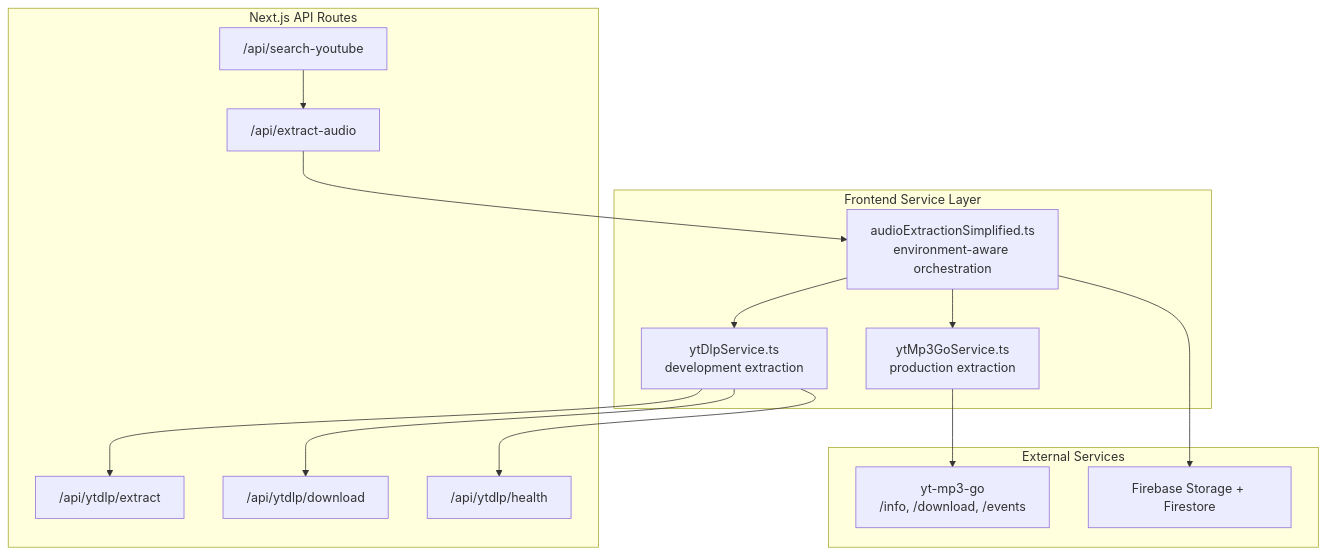
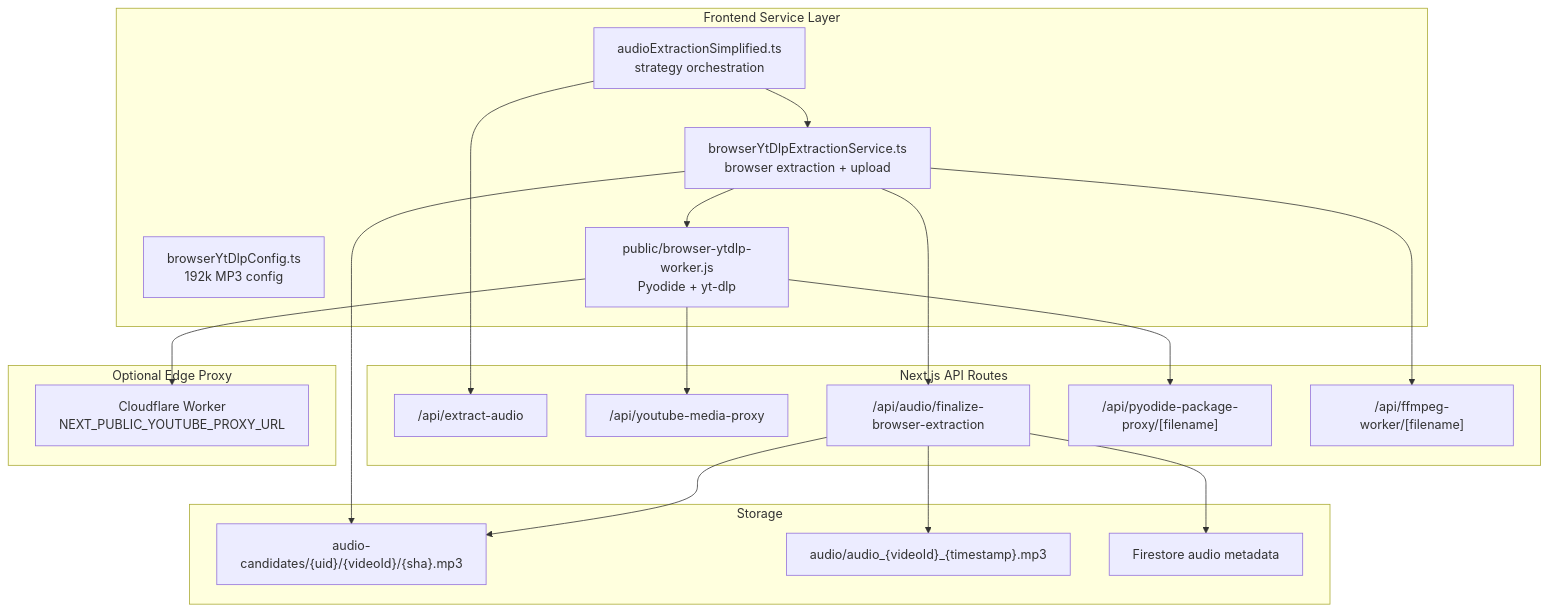
The first of 2 diagrams in .qoder/repowiki/en/content/Audio Processing and Analysis/YouTube Integration.md (ptnghia-j/ChordMiniApp), drawn with Mermaid before and after one commit. The commit also changed other lines of this file and 60 other files, not shown here.

Commit message:
completed migration to client side audio extraction

````diff
--- a/.qoder/repowiki/en/content/Audio Processing and Analysis/YouTube Integration.md
+++ b/.qoder/repowiki/en/content/Audio Processing and Analysis/YouTube Integration.md
@@ -26,28 +27,36 @@
 ```mermaid
 graph TB
 subgraph "Frontend Service Layer"
-AES["audioExtractionSimplified.ts<br/>environment-aware orchestration"]
-MP3["ytMp3GoService.ts<br/>production extraction"]
-DLP["ytDlpService.ts<br/>development extraction"]
+AES["audioExtractionSimplified.ts<br/>strategy orchestration"]
+BYT["browserYtDlpExtractionService.ts<br/>browser extraction + upload"]
+BCFG["browserYtDlpConfig.ts<br/>192k MP3 config"]
+WORKER["public/browser-ytdlp-worker.js<br/>Pyodide + yt-dlp"]
 end
 subgraph "Next.js API Routes"
 EXTRACT["/api/extract-audio"]
-YTDLP_INFO["/api/ytdlp/extract"]
-YTDLP_DOWNLOAD["/api/ytdlp/download"]
-YTDLP_HEALTH["/api/ytdlp/health"]
-SEARCH["/api/search-youtube"]
+MEDIA["/api/youtube-media-proxy"]
+FINALIZE["/api/audio/finalize-browser-extraction"]
+PYODIDE["/api/pyodide-package-proxy/[filename]"]
+FFMPEG["/api/ffmpeg-worker/[filename]"]
 end
-subgraph "External Services"
-REMOTE["yt-mp3-go<br/>/info, /download, /events"]
-FIREBASE["Firebase Storage + Firestore"]
+subgraph "Optional Edge Proxy"
+CF["Cloudflare Worker<br/>NEXT_PUBLIC_YOUTUBE_PROXY_URL"]
 end
-EXTRACT --> AES
-AES --> MP3
-AES --> DLP
-MP3 --> REMOTE
-DLP --> YTDLP_INFO
-DLP --> YTDLP_DOWNLOAD
-DLP --> YTDLP_HEALTH
-AES --> FIREBASE
-SEARCH --> EXTRACT
+subgraph "Storage"
+CANDIDATE["audio-candidates/{uid}/{videoId}/{sha}.mp3"]
+PUBLIC["audio/audio_{videoId}_{timestamp}.mp3"]
+FIRESTORE["Firestore audio metadata"]
+end
+AES --> EXTRACT
+AES --> BYT
+BYT --> WORKER
+WORKER --> PYODIDE
+BYT --> FFMPEG
+WORKER --> MEDIA
+WORKER --> CF
+BYT --> CANDIDATE
+BYT --> FINALIZE
+FINALIZE --> CANDIDATE
+FINALIZE --> PUBLIC
+FINALIZE --> FIRESTORE
 ```
````
